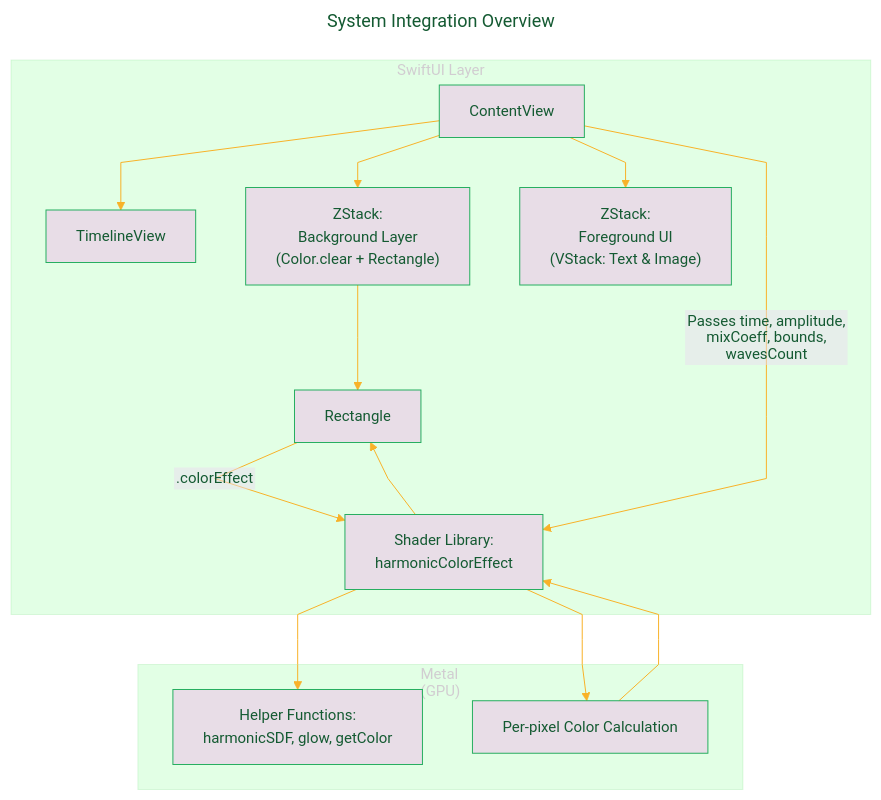
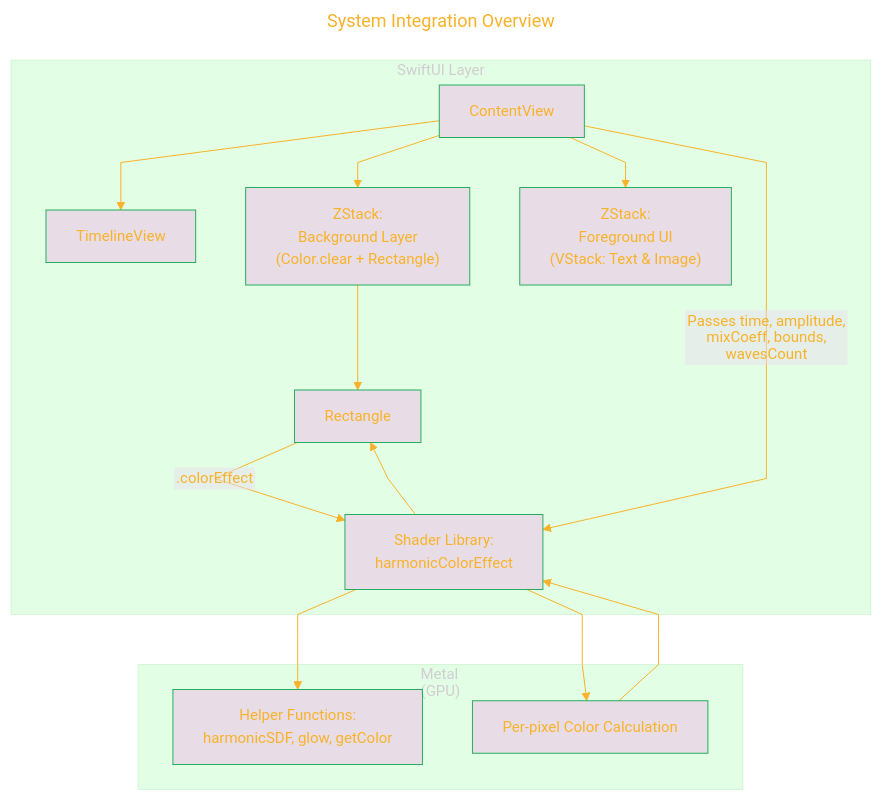
Before and after one commit to CongLeSolutionX/Harmonic_Shaders: the first of 8 diagrams in DOCUMENTATION_Draft_2.md, drawn with Mermaid. The commit also changed other lines of this file, not shown here.

Commit message:
update notes

````diff
--- a/DOCUMENTATION_Draft_2.md
+++ b/DOCUMENTATION_Draft_2.md
@@ -33,47 +33,47 @@
 ```mermaid
 ---
 title: "System Integration Overview"
 author: "Cong Le"
 version: "1.0"
 license(s): "MIT, CC BY 4.0"
 copyright: "Copyright (c) 2025 Cong Le. All Rights Reserved."
 config:
   layout: dagre
   theme: base
 ---
 %%%%%%%% Mermaid version v11.4.1-b.14
 %%%%%%%% Available curve styles include the following keywords:
 %% basis, bumpX, bumpY, cardinal, catmullRom, linear, monotoneX, monotoneY, natural, step, stepAfter, stepBefore.
 %%{
   init: {
     'flowchart': { 'htmlLabels': false, 'curve': 'linear' },
     'fontFamily': 'Monaco',
     'themeVariables': {
       'primaryColor': '#F5E3',
-      'primaryTextColor': '#145A32',
+      'primaryTextColor': '#F8B229',
       'lineColor': '#F8B229',
       'primaryBorderColor': '#27AE60',
       'secondaryColor': '#EBDEF0',
       'secondaryTextColor': '#6C3483',
       'secondaryBorderColor': '#A569BD',
       'fontSize': '15px'
     }
   }
 }%%
 flowchart TD
     subgraph SwiftUI_Layer["SwiftUI Layer"]
         CV["ContentView"] --> TV["TimelineView"]
         CV --> BG["ZStack:<br/>Background Layer<br/>(Color.clear + Rectangle)"]
         BG --> RE["Rectangle"]
         RE --".colorEffect"--> SH["Shader Library:<br/>harmonicColorEffect"]
         CV --> FG["ZStack:<br/>Foreground UI<br/>(VStack: Text & Image)"]
     end
     subgraph Metal_Layer["Metal<br/>(GPU)"]
         SH --> HF["Helper Functions:<br/>harmonicSDF, glow, getColor"]
         SH --> PC["Per-pixel Color Calculation"]
     end
     CV -- Passes time, amplitude,<br/> mixCoeff, bounds, wavesCount --> SH
     PC --> SH
     SH --> RE
     
 ```
````
